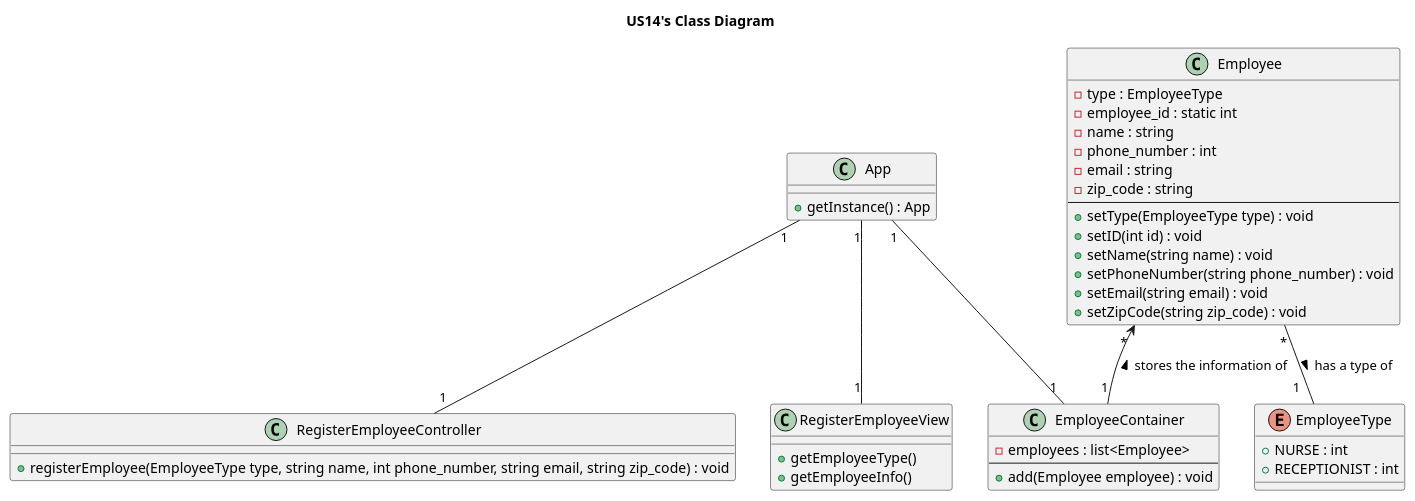
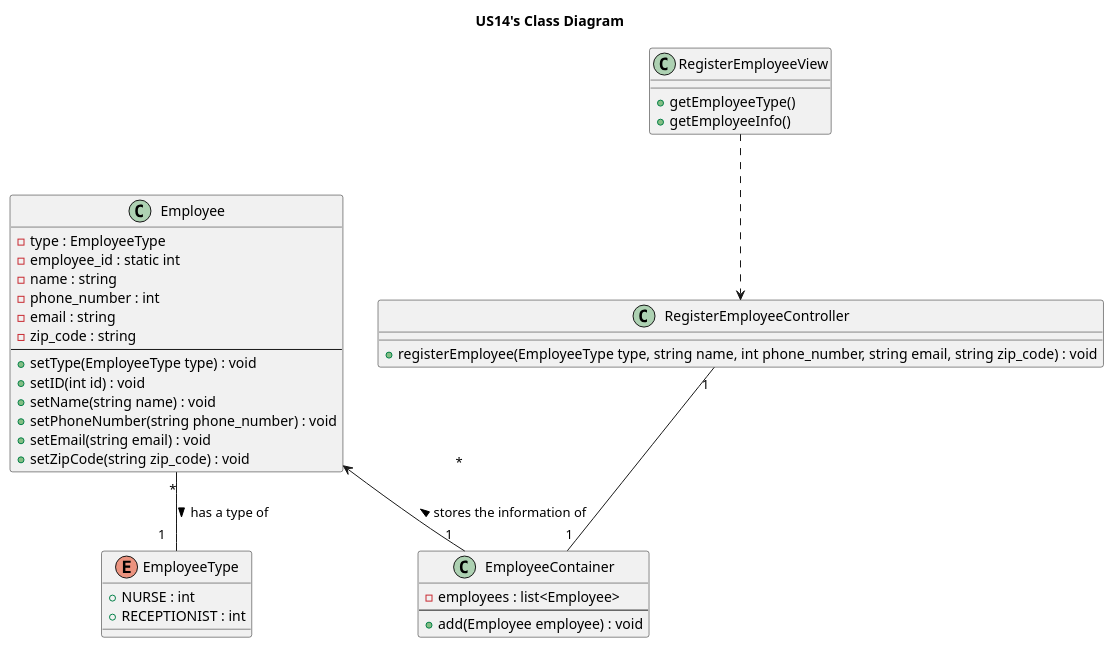
The diagram in docs/system-documentation/US14/puml/US14-CD.puml (pedroguilherme-web/leti-esoft-25-26-A1), drawn with PlantUML before and after one commit. The commit also changed 12 other files, not shown here.

Commit message:
Miguel e Lucas: - Adicionados os métodos getNurseList e getReceptionistList ao EmployeeContainer.h e EmployeeContainer.cpp e feitas pequenas alterações no Employee.h - Removido tudo sobre NurseContainer e ReceptionistContainer - Alteradas informações nas US14 e US15

```diff
--- a/docs/system-documentation/US14/puml/US14-CD.puml
+++ b/docs/system-documentation/US14/puml/US14-CD.puml
@@ -1,50 +1,45 @@
 @startuml
 'https://plantuml.com/class-diagram
 
 title US14's Class Diagram
-
-class App {
-    + getInstance() : App
-}
 
 enum EmployeeType {
     + NURSE : int
     + RECEPTIONIST : int
 }
 class Employee {
     - type : EmployeeType
     - employee_id : static int
     - name : string
     - phone_number : int
     - email : string
     - zip_code : string
     ---
     + setType(EmployeeType type) : void
     + setID(int id) : void
     + setName(string name) : void
     + setPhoneNumber(string phone_number) : void
     + setEmail(string email) : void
     + setZipCode(string zip_code) : void
 }
 class EmployeeContainer {
     - employees : list<Employee>
     ---
     + add(Employee employee) : void
 }
 class RegisterEmployeeView {
     + getEmployeeType()
     + getEmployeeInfo()
 }
 class RegisterEmployeeController {
     + registerEmployee(EmployeeType type, string name, int phone_number, string email, string zip_code) : void
 }
 
-App "1" -- "1" RegisterEmployeeView
-App "1" -- "1" RegisterEmployeeController
-App "1" -- "1" EmployeeContainer
+RegisterEmployeeView ..> RegisterEmployeeController
+RegisterEmployeeController "1" -- "1" EmployeeContainer
 Employee "*" -- "1   "  EmployeeType: has a type of >
 Employee "                               *" <-- "1" EmployeeContainer: < stores the information of
 
 
 
 @enduml
```
